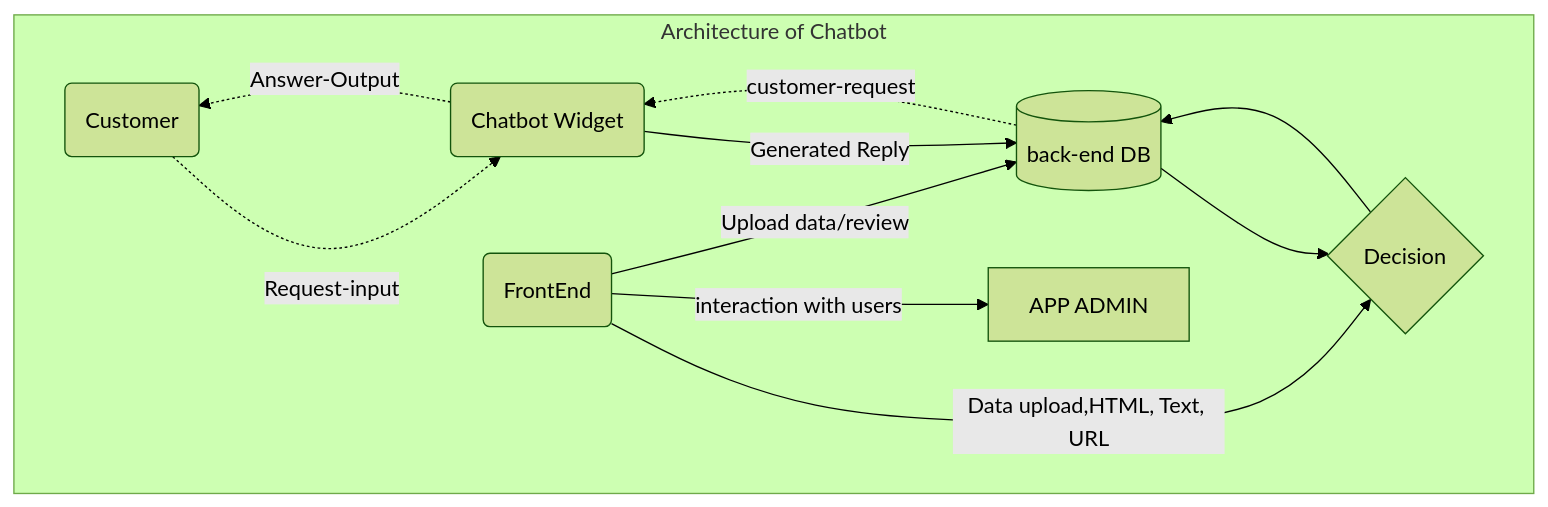
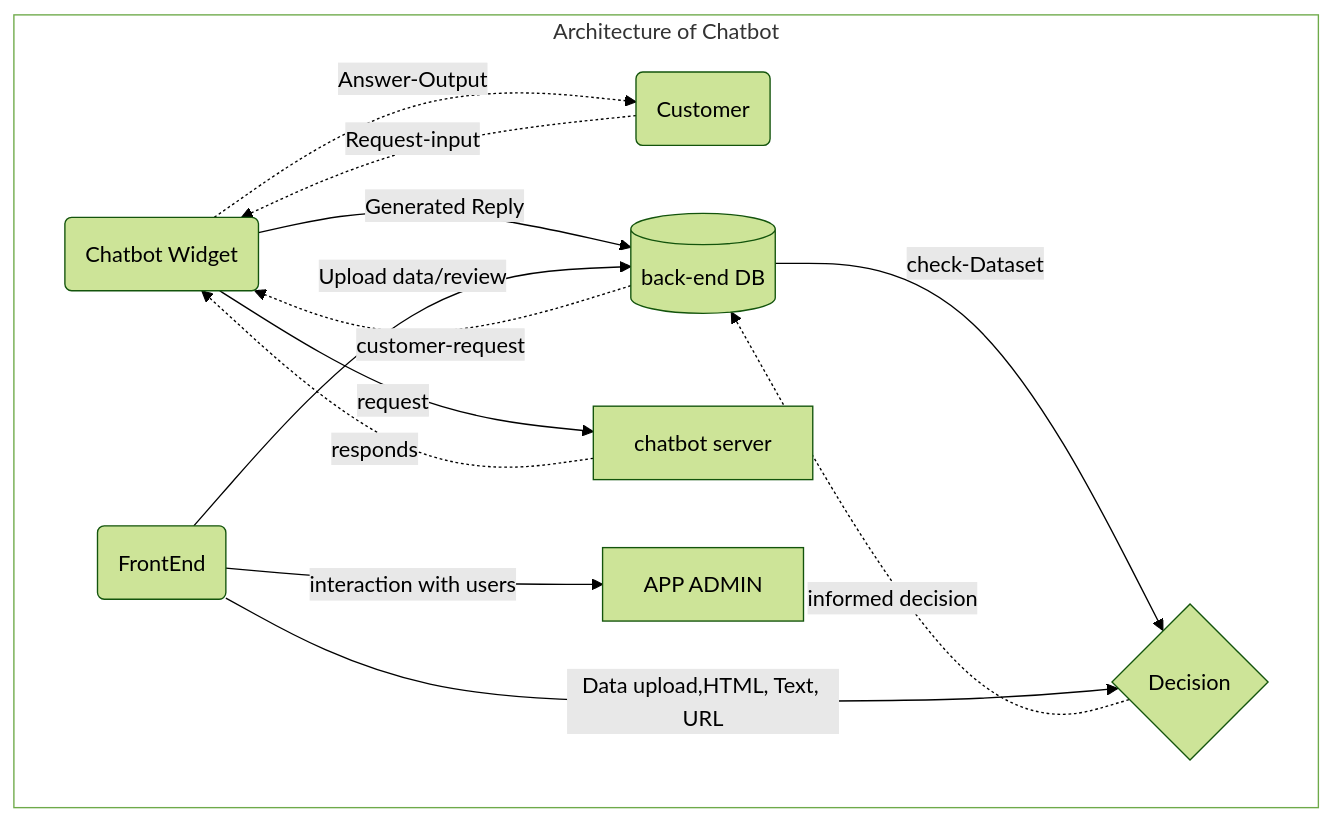
The diagram in Docs/systemanalysis.mmd (AsmaRahim7/Car_Dealership_Chatbot), drawn with Mermaid (forest theme) before and after one commit.

Commit message:
designchange2

```diff
--- a/Docs/systemanalysis.mmd
+++ b/Docs/systemanalysis.mmd
@@ -1,19 +1,28 @@
-
 flowchart TD
  subgraph s1["Architecture of Chatbot"]
-         n2["Customer"] -. "Request-input" .-> n3["Chatbot Widget"]
+        n3["Chatbot Widget"]
+        n4["chatbot server"]
+        n2["Customer"]
+        n5["back-end DB"]
+        n6["Decision"]
+        n7["FrontEnd"]
+        n8["APP ADMIN"]
+  end
+    n2 -. "Request-input" .-> n3
     n3 -. "Answer-Output" .-> n2
-    n5["back-end DB"] -. "customer-request" .-> n3
+    n5 -. "customer-request" .-> n3
     n3 -- Generated Reply --> n5
-    n6["Decision"] --> n5
-    n5 --> n6
-    n7["FrontEnd"] -- Data upload,HTML, Text, URL --> n6
-    n7 -- interaction with users --> n8["APP ADMIN"]
-    n7["FrontEnd"] -- Upload data/review --> n5
+    n3 -- request--> n4
+    n4 -. responds .-> n3
+    n5 -- "check-Dataset" --> n6
+    n6 -. informed decision .-> n5
+    n7 -- Data upload,HTML, Text, URL --> n6
+    n7 -- interaction with users --> n8
+    n7 -- Upload data/review --> n5
+
+    n3@{ shape: rounded}
     n2@{ shape: rounded}
-    n3@{ shape: rounded}
     n5@{ shape: cyl}
     n6@{ shape: decision}
     n7@{ shape: rounded}
-
-  end
+    style s1 fill:#FFFFFF
```
